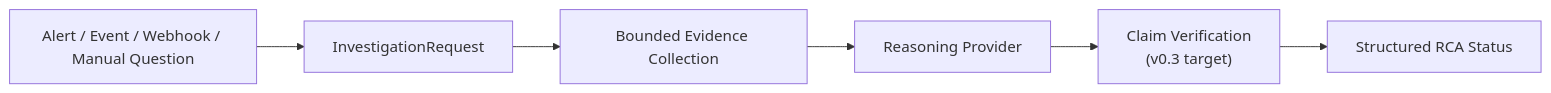
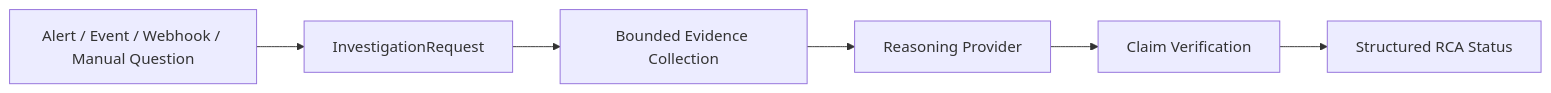
Before and after one commit to FluxSeer/fluxseer-rca: the first of 2 diagrams in README.md, drawn with Mermaid. The commit also changed other lines of this file and 8 other files, not shown here.

````diff
--- a/README.md
+++ b/README.md
@@ -37,15 +37,15 @@
 ```mermaid
 flowchart LR
     Signal[Alert / Event / Webhook / Manual Question]
     IR[InvestigationRequest]
     Evidence[Bounded Evidence Collection]
     Reasoning[Reasoning Provider]
-    Verify["Claim Verification<br/>(v0.3 target)"]
+    Verify["Claim Verification"]
     RCA[Structured RCA Status]
 
     Signal --> IR
     IR --> Evidence
     Evidence --> Reasoning
     Reasoning --> Verify
     Verify --> RCA
 ```
````
